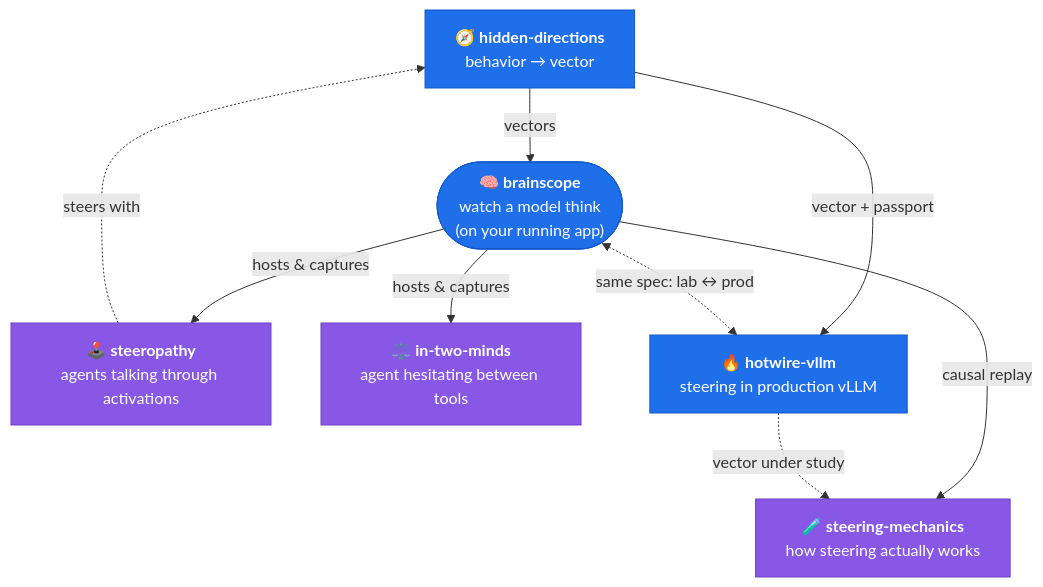
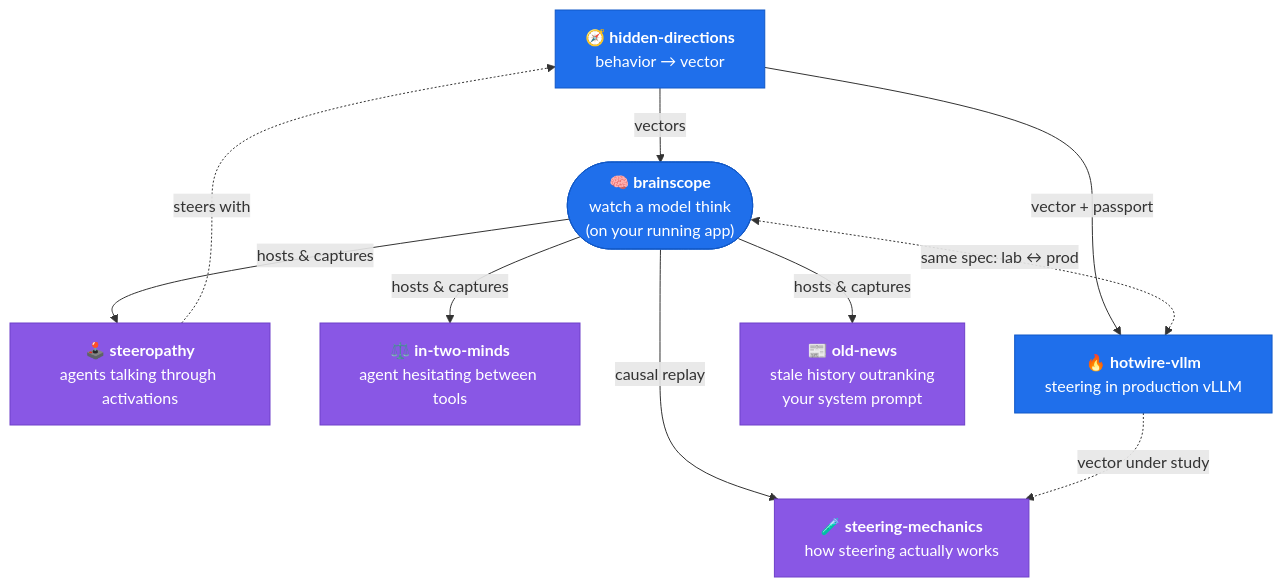
Before and after one commit to moudrkat/moudrkat: the diagram in README.md, drawn with Mermaid. The commit also changed other lines of this file and 5 other files, not shown here.

Commit message:
Add old-news to the lab map

````diff
--- a/README.md
+++ b/README.md
@@ -45,30 +45,33 @@
 ```mermaid
 flowchart TD
     hd["🧭 <b>hidden-directions</b><br/>behavior → vector"]
     bs(["🧠 <b>brainscope</b><br/>watch a model think<br/>(on your running app)"])
     st["🕹️ <b>steeropathy</b><br/>agents talking through activations"]
     tm["⚖️ <b>in-two-minds</b><br/>agent hesitating between tools"]
     hw["🔥 <b>hotwire-vllm</b><br/>steering in production vLLM"]
     sm["🧪 <b>steering-mechanics</b><br/>how steering actually works"]
+    on["📰 <b>old-news</b><br/>stale history outranking<br/>your system prompt"]
 
     hd -->|"vectors"| bs
     bs -->|"hosts & captures"| st
     bs -->|"hosts & captures"| tm
     st -.->|"steers with"| hd
     hd -->|"vector + passport"| hw
     bs <-.->|"same spec: lab ↔ prod"| hw
     bs -->|"causal replay"| sm
     hw -.->|"vector under study"| sm
+    bs -->|"hosts & captures"| on
 
     click hd "https://github.com/moudrkat/hidden-directions"
     click bs "https://github.com/moudrkat/brainscope"
     click st "https://github.com/moudrkat/steeropathy"
     click tm "https://github.com/moudrkat/in-two-minds"
     click hw "https://github.com/moudrkat/hotwire-vllm"
     click sm "https://github.com/moudrkat/steering-mechanics"
+    click on "https://github.com/moudrkat/old-news"
 
     classDef engine fill:#1f6feb,stroke:#1158c7,color:#ffffff;
     classDef exp fill:#8957e5,stroke:#6e40c9,color:#ffffff;
     class bs,hd,hw engine;
-    class st,tm,sm exp;
+    class st,tm,sm,on exp;
 ```
````
